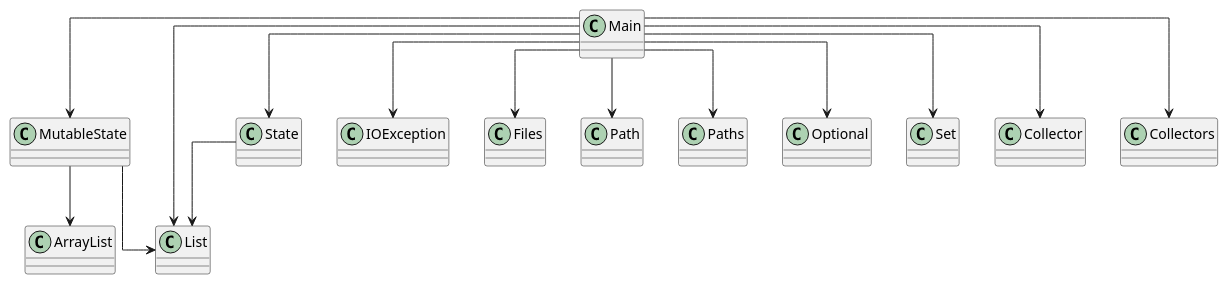
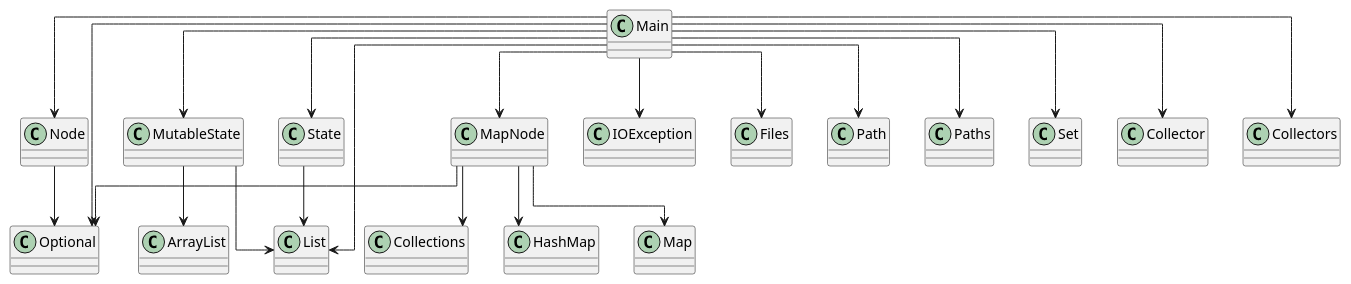
One commit to SirMathhman/Magma changed the diagram in diagram.puml. Above: the diagram before and after it, drawn with PlantUML. The commit also changed 5 other files, not shown here.

```diff
--- a/diagram.puml
+++ b/diagram.puml
@@ -1,21 +1,30 @@
 @startuml
 skinparam linetype ortho
+class Node
+Node --> Optional
 class MutableState
 MutableState --> ArrayList
 MutableState --> List
 class Main
+Main --> MapNode
 Main --> MutableState
+Main --> Node
 Main --> State
 Main --> IOException
 Main --> Files
 Main --> Path
 Main --> Paths
 Main --> List
 Main --> Optional
 Main --> Set
 Main --> Collector
 Main --> Collectors
+class MapNode
+MapNode --> Collections
+MapNode --> HashMap
+MapNode --> Map
+MapNode --> Optional
 class State
 State --> List
 
 @enduml
```
